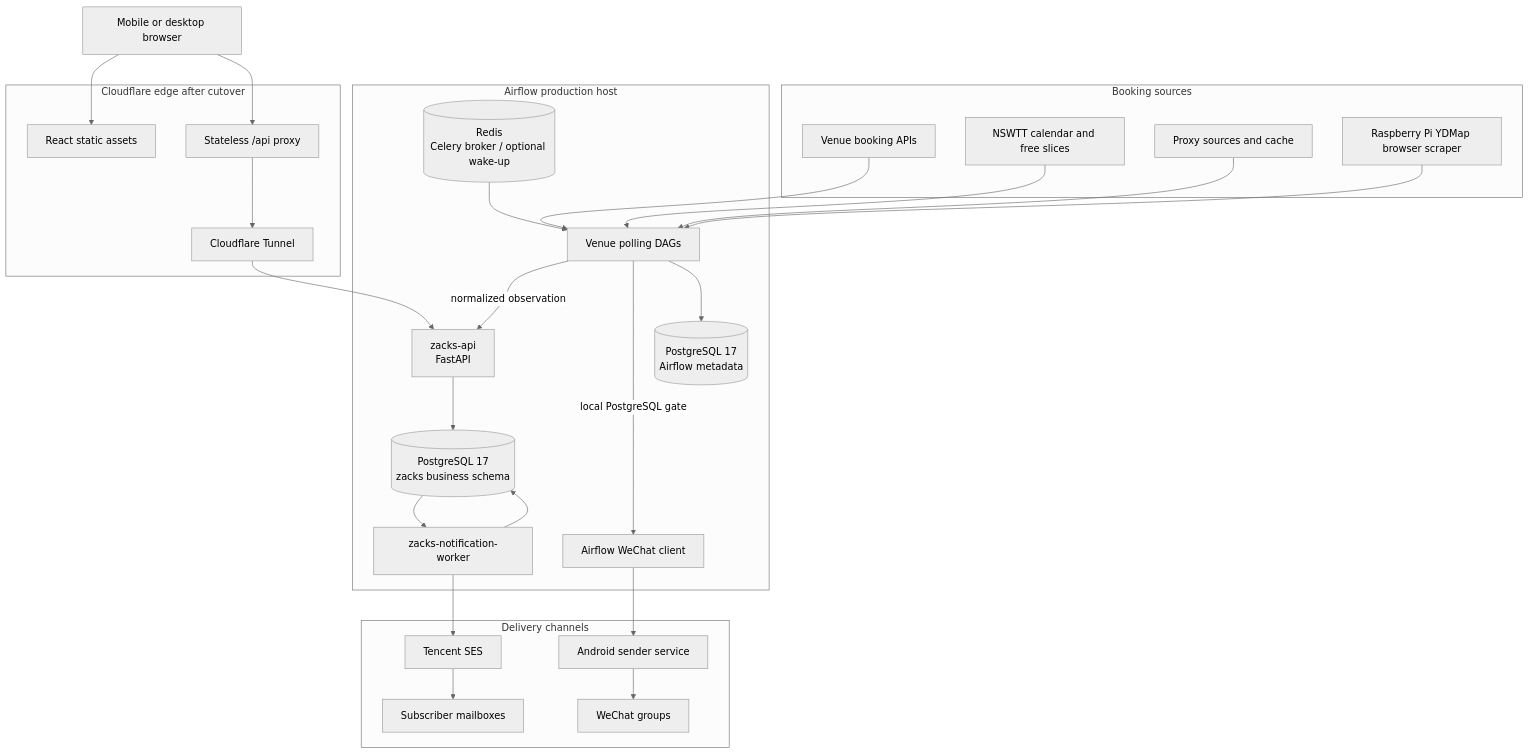
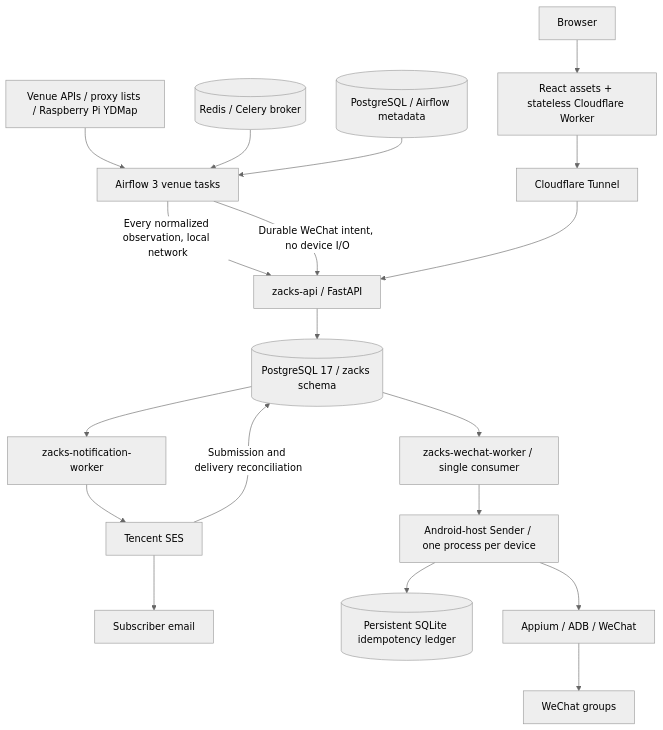
One commit to claude89757/wechat-on-airflow changed the diagram in ARCHITECTURE.md. Above: the diagram before and after it, drawn with Mermaid (neutral theme). The commit also changed other lines of this file and 71 other files, not shown here.

First line of the commit message:
feat: complete Host Core-only notification runtime and acceptance (#207)

````diff
--- a/ARCHITECTURE.md
+++ b/ARCHITECTURE.md
@@ -35,56 +19,21 @@
 ```mermaid
 flowchart TB
-    subgraph Sources["Booking sources"]
-        APIs["Venue booking APIs"]
-        NSWTT["NSWTT calendar and free slices"]
-        Proxy["Proxy sources and cache"]
-        Pi["Raspberry Pi YDMap browser scraper"]
-    end
-
-    subgraph AirflowHost["Airflow production host"]
-        DAG["Venue polling DAGs"]
-        CoreAPI["zacks-api<br/>FastAPI"]
-        CoreWorker["zacks-notification-worker"]
-        MetaDB[("PostgreSQL 17<br/>Airflow metadata")]
-        AppDB[("PostgreSQL 17<br/>zacks business schema")]
-        Redis[("Redis<br/>Celery broker / optional wake-up")]
-        WeChatClient["Airflow WeChat client"]
-    end
-
-    subgraph Edge["Cloudflare edge after cutover"]
-        Assets["React static assets"]
-        ProxyAPI["Stateless /api proxy"]
-        Tunnel["Cloudflare Tunnel"]
-    end
-
-    subgraph Channels["Delivery channels"]
-        SES["Tencent SES"]
-        Android["Android sender service"]
-        Mailbox["Subscriber mailboxes"]
-        Chat["WeChat groups"]
-    end
-
-    APIs --> DAG
-    NSWTT --> DAG
-    Proxy --> DAG
-    Pi --> DAG
-
-    DAG -->|"normalized observation"| CoreAPI
-    CoreAPI --> AppDB
-    AppDB --> CoreWorker
-    CoreWorker --> SES
-    SES --> Mailbox
-    CoreWorker --> AppDB
-
-    DAG -->|"local PostgreSQL gate"| WeChatClient
-    WeChatClient --> Android
-    Android --> Chat
-
-    DAG --> MetaDB
-    Redis --> DAG
-
-    Browser["Mobile or desktop browser"] --> Assets
-    Browser --> ProxyAPI
-    ProxyAPI --> Tunnel
-    Tunnel --> CoreAPI
+    Sources[Venue APIs / proxy lists / Raspberry Pi YDMap] --> DAG[Airflow 3 venue tasks]
+    DAG -->|Every normalized observation, local network| API[zacks-api / FastAPI]
+    DAG -->|Durable WeChat intent, no device I/O| API
+    API --> PG[(PostgreSQL 17 / zacks schema)]
+    PG --> Email[zacks-notification-worker]
+    PG --> WeChat[zacks-wechat-worker / single consumer]
+    Email --> SES[Tencent SES]
+    SES --> Mail[Subscriber email]
+    SES -->|Submission and delivery reconciliation| PG
+    WeChat --> Sender[Android-host Sender / one process per device]
+    Sender --> Ledger[(Persistent SQLite idempotency ledger)]
+    Sender --> Appium[Appium / ADB / WeChat]
+    Appium --> Groups[WeChat groups]
+    Browser[Browser] --> Edge[React assets + stateless Cloudflare Worker]
+    Edge --> Tunnel[Cloudflare Tunnel]
+    Tunnel --> API
+    Redis[(Redis / Celery broker)] --> DAG
+    Meta[(PostgreSQL / Airflow metadata)] --> DAG
 ```
````
